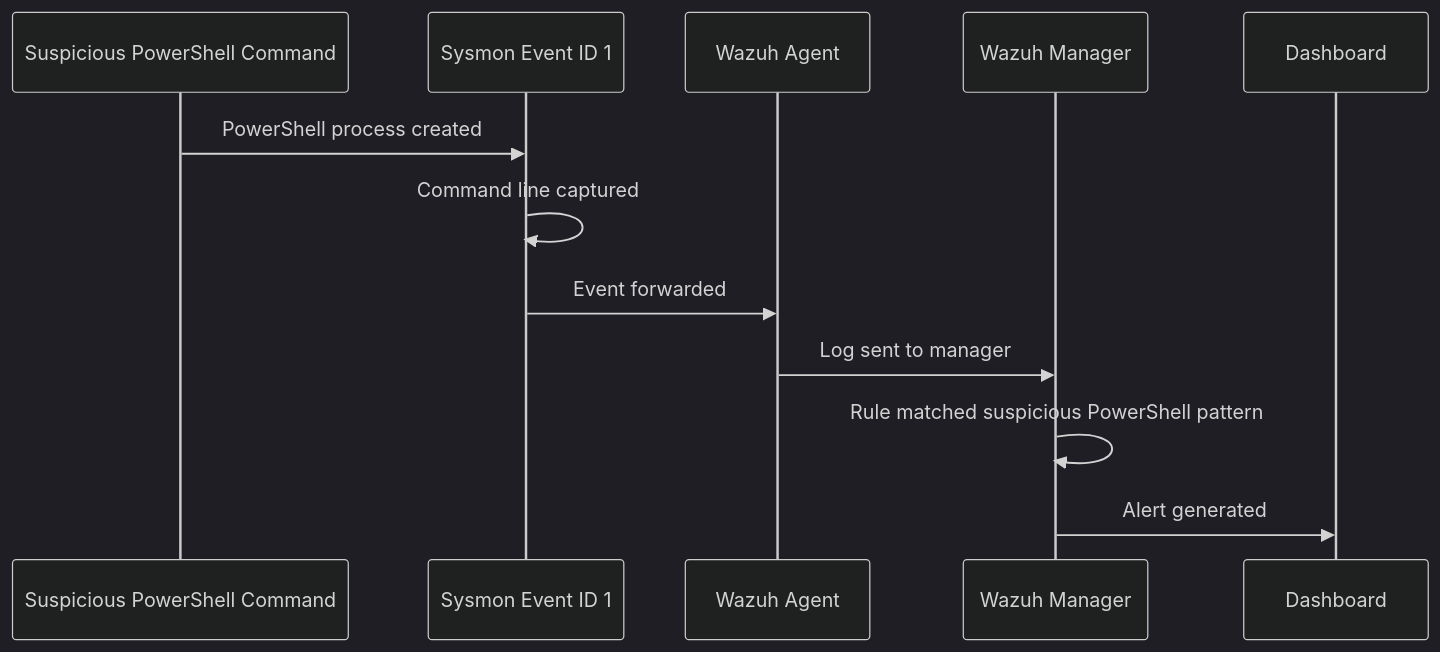
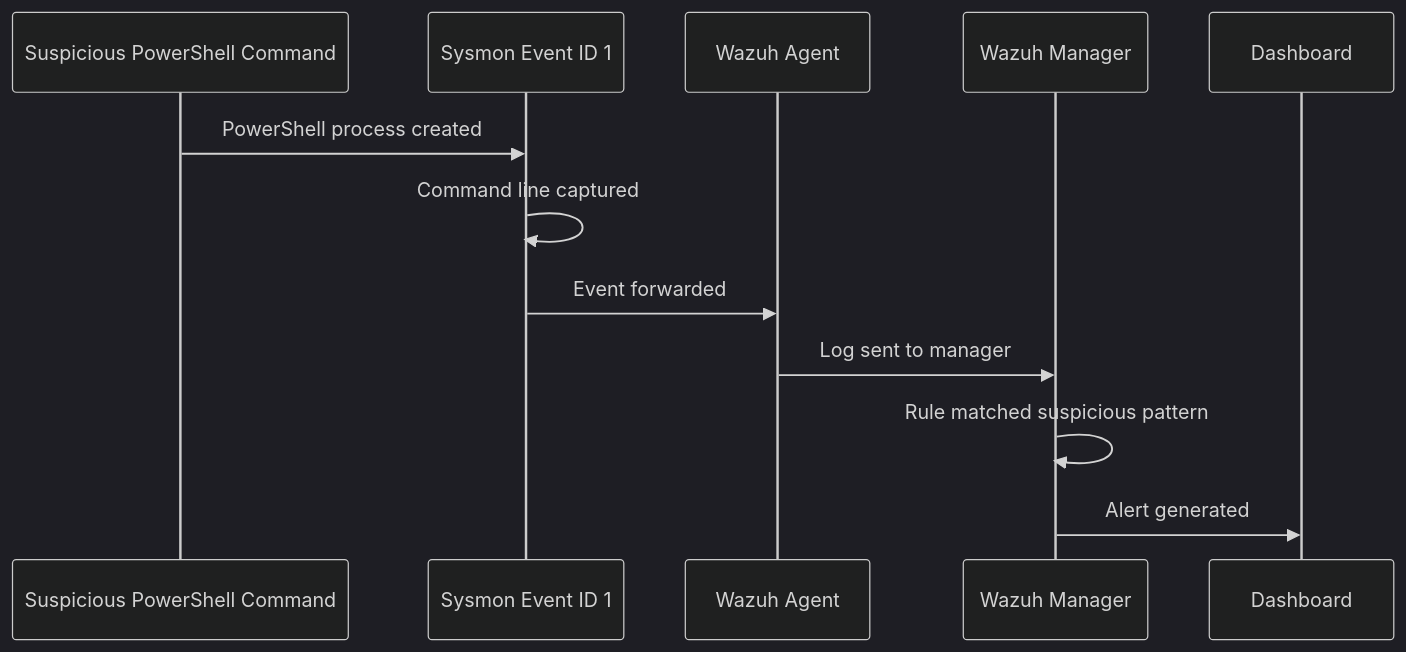
The fourth of 7 diagrams in README.md (Jazz00001/enterprise-soc-lab-wazuh-mitre-detection), drawn with Mermaid (dark theme) before and after one commit. The commit also changed other lines of this file, not shown here.

````diff
--- a/README.md
+++ b/README.md
@@ -280,15 +277,15 @@
 ```mermaid
 sequenceDiagram
     participant User as Suspicious PowerShell Command
     participant Sysmon as Sysmon Event ID 1
     participant Agent as Wazuh Agent
     participant Wazuh as Wazuh Manager
     participant Dash as Dashboard
 
     User->>Sysmon: PowerShell process created
     Sysmon->>Sysmon: Command line captured
     Sysmon->>Agent: Event forwarded
     Agent->>Wazuh: Log sent to manager
-    Wazuh->>Wazuh: Rule matched suspicious PowerShell pattern
+    Wazuh->>Wazuh: Rule matched suspicious pattern
     Wazuh->>Dash: Alert generated
 ```
````
